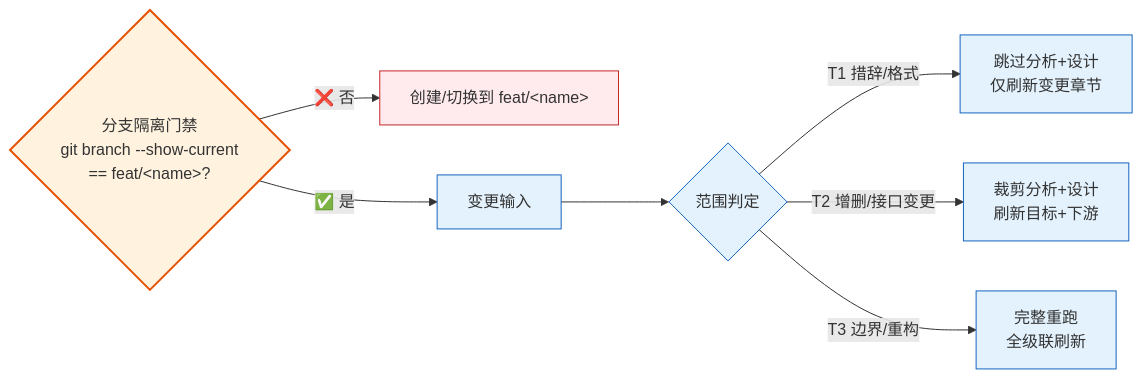
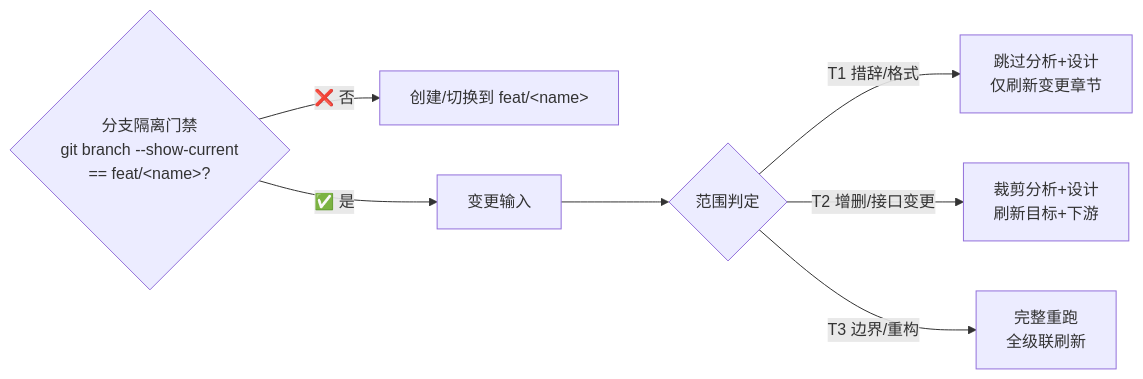
The ninth of 17 diagrams in skills/rui/SKILL.md (effiy/YrY), drawn with Mermaid before and after one commit. The commit also changed other lines of this file and 61 other files, not shown here.

````diff
--- a/skills/rui/SKILL.md
+++ b/skills/rui/SKILL.md
@@ -479,12 +519,9 @@
 ```mermaid
 flowchart LR
     BR{"分支隔离门禁<br/>git branch --show-current<br/>== feat/&lt;name&gt;?"}:::gate -->|"❌ 否"| BLOCK["创建/切换到 feat/&lt;name&gt;"]:::block
     BR -->|"✅ 是"| I[变更输入]:::s
     I --> T{范围判定}:::s
     T -->|T1 措辞/格式| U1[跳过分析+设计<br/>仅刷新变更章节]:::s
     T -->|T2 增删/接口变更| U2[裁剪分析+设计<br/>刷新目标+下游]:::s
     T -->|T3 边界/重构| U3[完整重跑<br/>全级联刷新]:::s
-    classDef s fill:#e3f2fd,stroke:#1565c0;
-    classDef gate fill:#fff3e0,stroke:#e65100,stroke-width:2px;
-    classDef block fill:#ffebee,stroke:#c62828;
 ```
````
